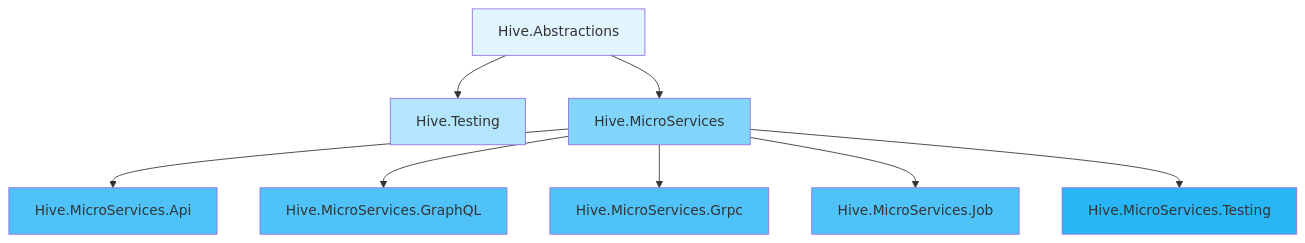
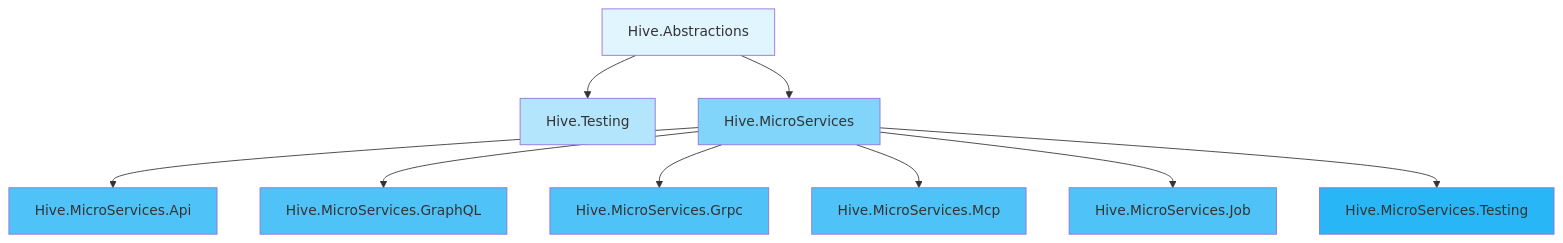
The fourth of 4 diagrams in hive.microservices/README.md (cloud-tek/hive), drawn with Mermaid before and after one commit. The commit also changed other lines of this file and 3 other files, not shown here.

First line of the commit message:
docs: document the Hive.MicroServices.Mcp pipeline mode

````diff
--- a/hive.microservices/README.md
+++ b/hive.microservices/README.md
@@ -460,28 +496,31 @@
 ```mermaid
 graph TB
     Abstractions[Hive.Abstractions]
     Testing[Hive.Testing]
     MicroServices[Hive.MicroServices]
     Api[Hive.MicroServices.Api]
     GraphQL[Hive.MicroServices.GraphQL]
     Grpc[Hive.MicroServices.Grpc]
+    Mcp[Hive.MicroServices.Mcp]
     Job[Hive.MicroServices.Job]
     MSTesting[Hive.MicroServices.Testing]
 
     Abstractions --> Testing
     Abstractions --> MicroServices
     MicroServices --> Api
     MicroServices --> GraphQL
     MicroServices --> Grpc
+    MicroServices --> Mcp
     MicroServices --> Job
     MicroServices --> MSTesting
 
     style Abstractions fill:#e1f5ff
     style Testing fill:#b3e5fc
     style MicroServices fill:#81d4fa
     style Api fill:#4fc3f7
     style GraphQL fill:#4fc3f7
     style Grpc fill:#4fc3f7
+    style Mcp fill:#4fc3f7
     style Job fill:#4fc3f7
     style MSTesting fill:#29b6f6
 ```
````
